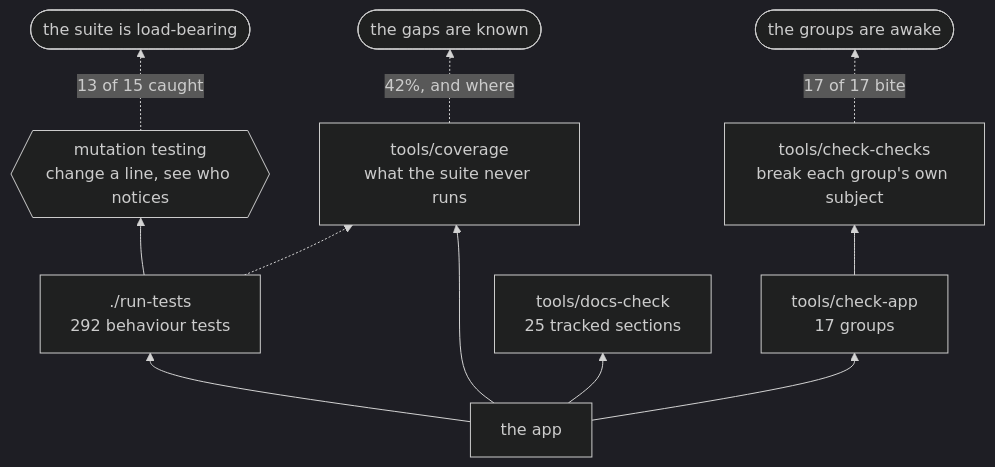
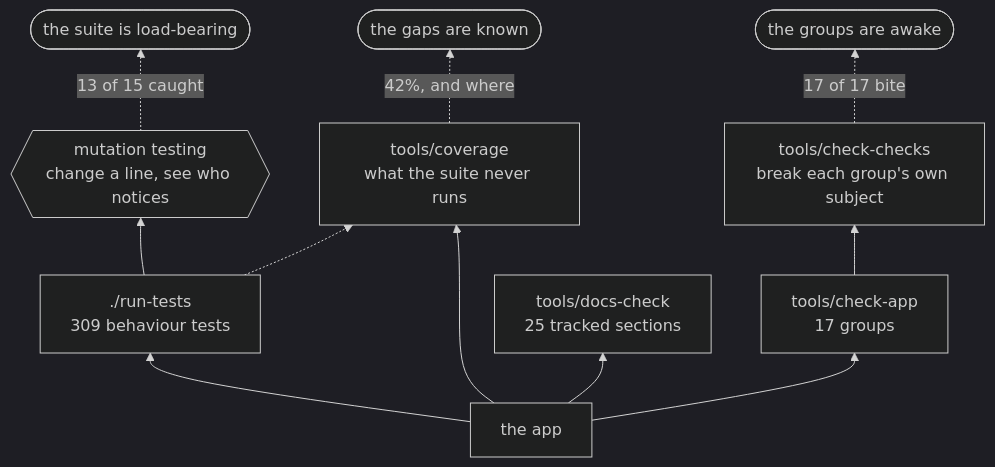
One commit to minormending/crystal-pilot-mobile changed the second of 2 diagrams in docs/DEVELOPING.md. Above: the diagram before and after it, drawn with Mermaid (dark theme). The commit also changed 10 other files, not shown here.

````diff
--- a/docs/DEVELOPING.md
+++ b/docs/DEVELOPING.md
@@ -118,13 +118,13 @@
 ```mermaid
 flowchart BT
-    C["the app"] --> T["./run-tests<br/>292 behaviour tests"]
+    C["the app"] --> T["./run-tests<br/>309 behaviour tests"]
     C --> A["tools/check-app<br/>17 groups"]
     C --> D["tools/docs-check<br/>25 tracked sections"]
     C --> V["tools/coverage<br/>what the suite never runs"]
     T --> M{{"mutation testing<br/>change a line, see who notices"}}
     A --> K["tools/check-checks<br/>break each group's own subject"]
     T -.-> V
     M -.->|"13 of 15 caught"| R(["the suite is load-bearing"])
     K -.->|"17 of 17 bite"| R2(["the groups are awake"])
     V -.->|"42%, and where"| R3(["the gaps are known"])
 ```
````
